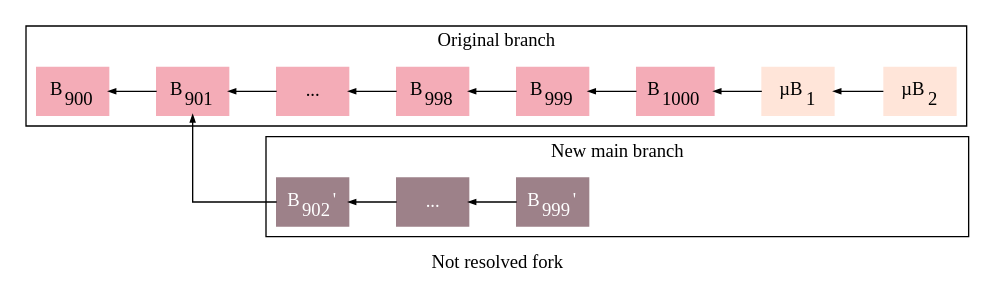
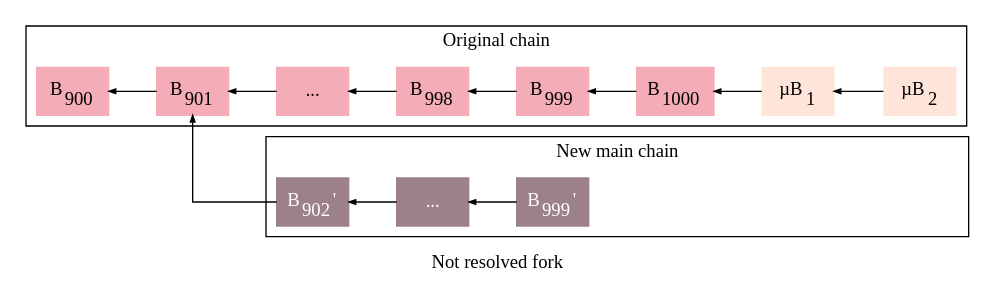
One commit to wavesplatform/matcher changed the diagram in docs/images/wni-not-resolved-fork.dot. Above: the diagram before and after it, drawn with Graphviz. The commit also changed 14 other files, not shown here.

```diff
--- a/docs/images/wni-not-resolved-fork.dot
+++ b/docs/images/wni-not-resolved-fork.dot
@@ -1,38 +1,38 @@
 // @formatter:off
 digraph NodeNotResolvedFork {
   graph [label="Not resolved fork", newrank="true", rankdir=RL, compound=true, splines="ortho"]
   node [shape="box"]
   edge [fontsize=11, arrowsize=0.5]
 
   subgraph cluster_0 {
     MB2 [label=<&micro;B<sub>2</sub>>, style="filled", color="#FFE5D9"]
     MB1 [label=<&micro;B<sub>1</sub>>, style="filled", color="#FFE5D9"]
 
     B1000 [label=<B<sub>1000</sub>>, style="filled", color="#F4ACB7"]
     B999 [label=<B<sub>999</sub>>, style="filled", color="#F4ACB7"]
     B998 [label=<B<sub>998</sub>>, style="filled", color="#F4ACB7"]
     Betc [label="...", style="filled", color="#F4ACB7"]
     B901 [label=<B<sub>901</sub>>, style="filled", color="#F4ACB7"]
     B900 [label=<B<sub>900</sub>>, style="filled", color="#F4ACB7"]
 
     MB2 -> MB1 -> B1000 -> B999 -> B998 -> Betc -> B901 -> B900
 
-    label="Original branch"
+    label="Original chain"
   }
 
   subgraph cluster_1 {
     MB2_ [style="invisible"]
     B999_ [label=<B<sub>999</sub>'>, style="filled", color="#9D8189", fontcolor="#FFFFFF"]
     Betc_ [label="...", style="filled", color="#9D8189", fontcolor="#FFFFFF"]
     B902_ [label=<B<sub>902</sub>'>, style="filled", color="#9D8189", fontcolor="#FFFFFF"]
 
     B999_ -> Betc_ -> B902_
 
-    label="New main branch"
+    label="New main chain"
   }
 
   B902_:w -> B901:s
 
   {rank="same"; Betc B902_}
   {rank="same"; MB2 MB2_}
 }
```
